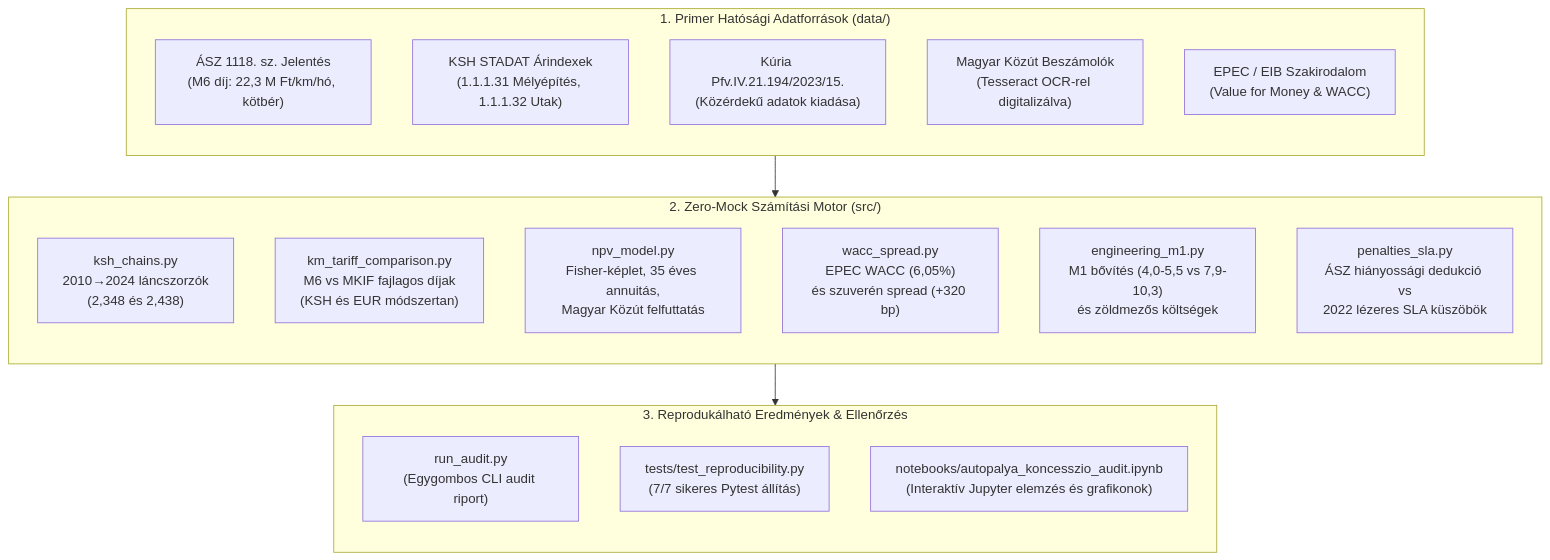
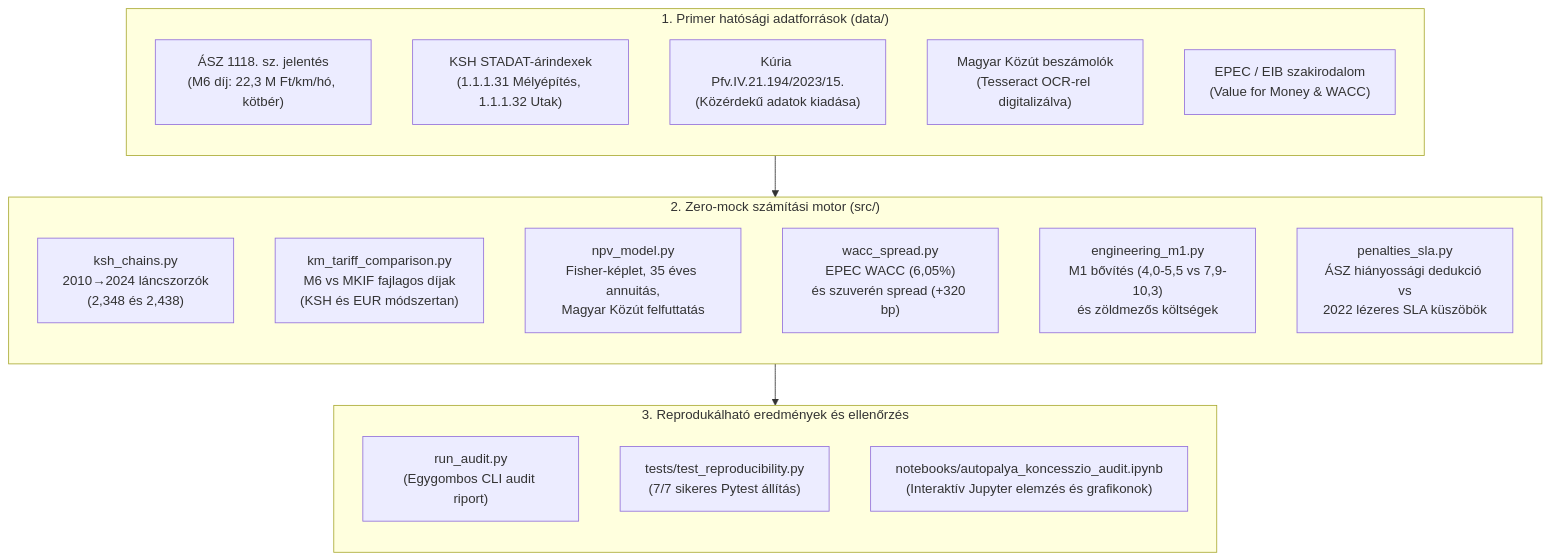
One commit to LemonScripter/autopalya-koncesszio-audit changed the diagram in README.md. Above: the diagram before and after it, drawn with Mermaid. The commit also changed other lines of this file and 10 other files, not shown here.

````diff
--- a/README.md
+++ b/README.md
@@ -27,31 +27,31 @@
 ```mermaid
 flowchart TD
-    subgraph Data["1. Primer Hatósági Adatforrások (data/)"]
+    subgraph Data["1. Primer hatósági adatforrások (data/)"]
         direction TB
-        D1["ÁSZ 1118. sz. Jelentés\n(M6 díj: 22,3 M Ft/km/hó, kötbér)"]
-        D2["KSH STADAT Árindexek\n(1.1.1.31 Mélyépítés, 1.1.1.32 Utak)"]
+        D1["ÁSZ 1118. sz. jelentés\n(M6 díj: 22,3 M Ft/km/hó, kötbér)"]
+        D2["KSH STADAT-árindexek\n(1.1.1.31 Mélyépítés, 1.1.1.32 Utak)"]
         D3["Kúria Pfv.IV.21.194/2023/15.\n(Közérdekű adatok kiadása)"]
-        D4["Magyar Közút Beszámolók\n(Tesseract OCR-rel digitalizálva)"]
-        D5["EPEC / EIB Szakirodalom\n(Value for Money & WACC)"]
+        D4["Magyar Közút beszámolók\n(Tesseract OCR-rel digitalizálva)"]
+        D5["EPEC / EIB szakirodalom\n(Value for Money & WACC)"]
     end
 
-    subgraph Engine["2. Zero-Mock Számítási Motor (src/)"]
+    subgraph Engine["2. Zero-mock számítási motor (src/)"]
         direction TB
         M1["ksh_chains.py\n2010→2024 láncszorzók\n(2,348 és 2,438)"]
         M2["km_tariff_comparison.py\nM6 vs MKIF fajlagos díjak\n(KSH és EUR módszertan)"]
         M3["npv_model.py\nFisher-képlet, 35 éves annuitás,\nMagyar Közút felfuttatás"]
         M4["wacc_spread.py\nEPEC WACC (6,05%)\nés szuverén spread (+320 bp)"]
         M5["engineering_m1.py\nM1 bővítés (4,0-5,5 vs 7,9-10,3)\nés zöldmezős költségek"]
         M6["penalties_sla.py\nÁSZ hiányossági dedukció vs\n2022 lézeres SLA küszöbök"]
     end
 
-    subgraph Output["3. Reprodukálható Eredmények & Ellenőrzés"]
+    subgraph Output["3. Reprodukálható eredmények és ellenőrzés"]
         direction TB
         O1["run_audit.py\n(Egygombos CLI audit riport)"]
         O2["tests/test_reproducibility.py\n(7/7 sikeres Pytest állítás)"]
         O3["notebooks/autopalya_koncesszio_audit.ipynb\n(Interaktív Jupyter elemzés és grafikonok)"]
     end
 
     Data --> Engine
     Engine --> Output
 ```
````
